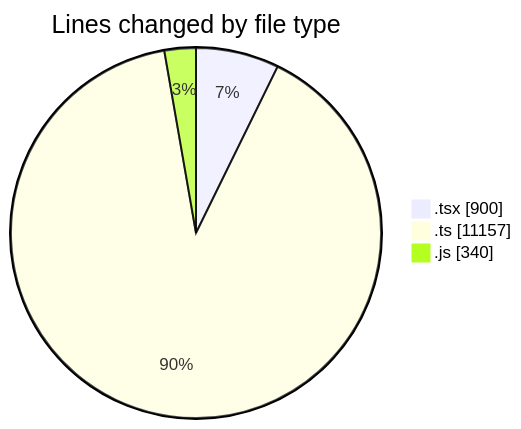
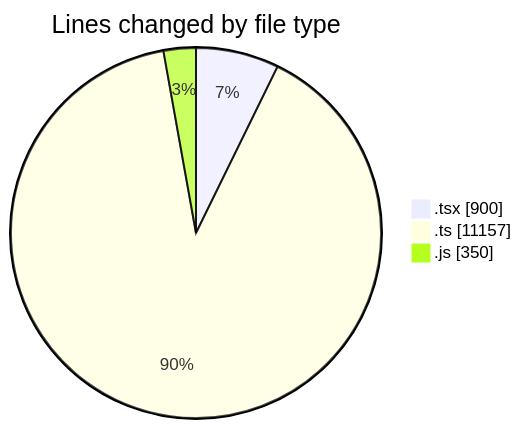
The first of 2 diagrams in 2025-11-26/cda/README.md (momahboobian/code-tracking), drawn with Mermaid before and after one commit. The commit also changed other lines of this file and 1 other file, not shown here.

````diff
--- a/2025-11-26/cda/README.md
+++ b/2025-11-26/cda/README.md
@@ -25,7 +25,7 @@
 ```mermaid
 pie showData
 title Lines changed by file type
 ".tsx" : 900
 ".ts" : 11157
-".js" : 340
+".js" : 350
 ```
````
